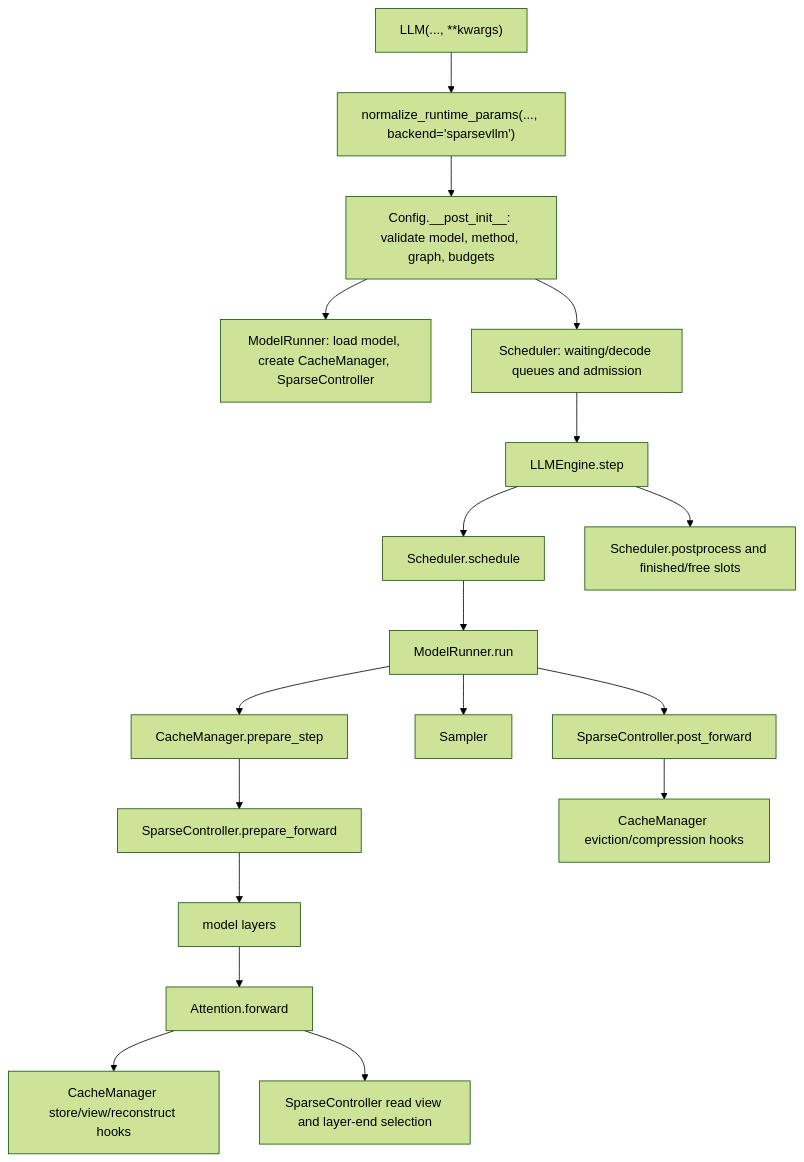
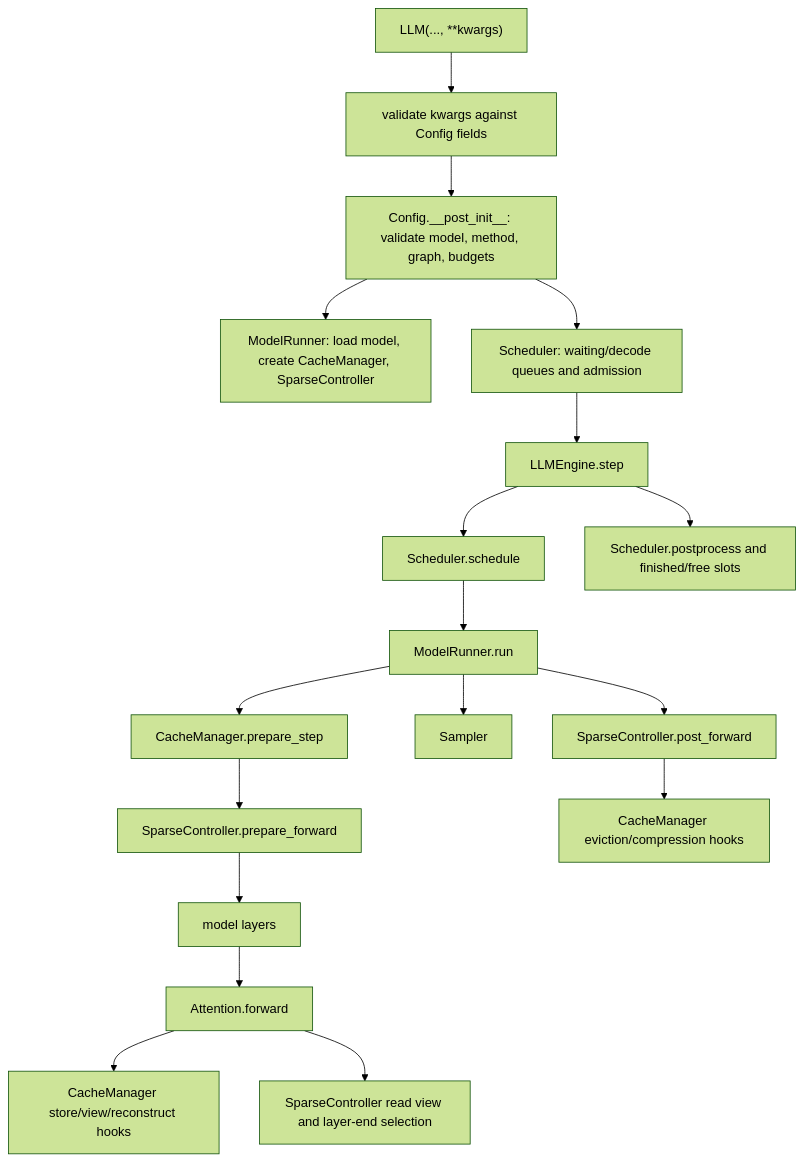
One commit to CURRENTF/Sparse-vLLM changed the diagram in docs/en/design/control-map.md. Above: the diagram before and after it, drawn with Mermaid (forest theme). The commit also changed other lines of this file and 128 other files, not shown here.

````diff
--- a/docs/en/design/control-map.md
+++ b/docs/en/design/control-map.md
@@ -36,20 +36,20 @@
 ```mermaid
 flowchart TD
-    A["LLM(..., **kwargs)"] --> B["normalize_runtime_params(..., backend='sparsevllm')"]
+    A["LLM(..., **kwargs)"] --> B["validate kwargs against Config fields"]
     B --> C["Config.__post_init__: validate model, method, graph, budgets"]
     C --> D["ModelRunner: load model, create CacheManager, SparseController"]
     C --> E["Scheduler: waiting/decode queues and admission"]
     E --> F["LLMEngine.step"]
     F --> G["Scheduler.schedule"]
     G --> H["ModelRunner.run"]
     H --> I["CacheManager.prepare_step"]
     I --> J["SparseController.prepare_forward"]
     J --> K["model layers"]
     K --> L["Attention.forward"]
     L --> M["CacheManager store/view/reconstruct hooks"]
     L --> N["SparseController read view and layer-end selection"]
     H --> O["Sampler"]
     H --> P["SparseController.post_forward"]
     P --> Q["CacheManager eviction/compression hooks"]
     F --> R["Scheduler.postprocess and finished/free slots"]
 ```
````
